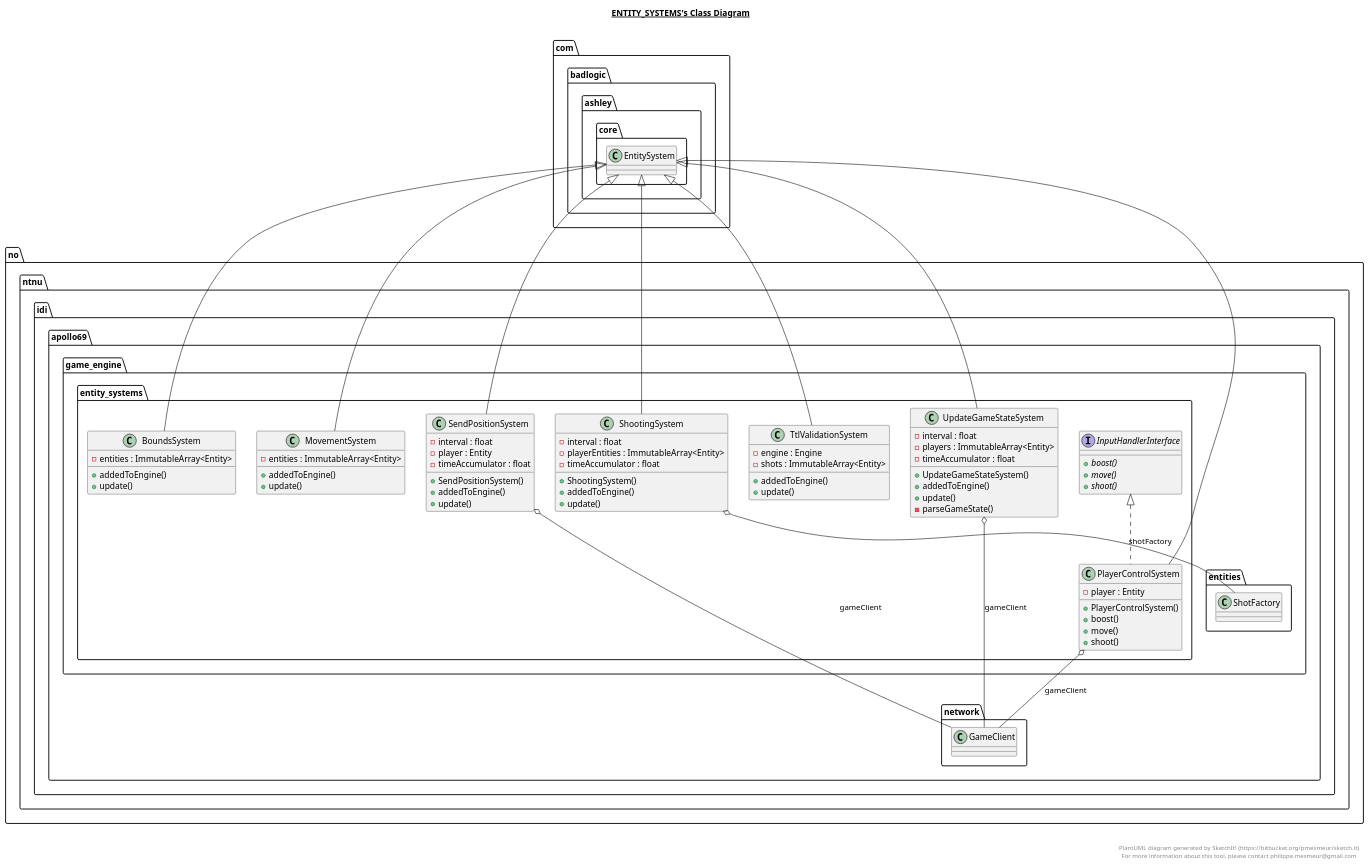
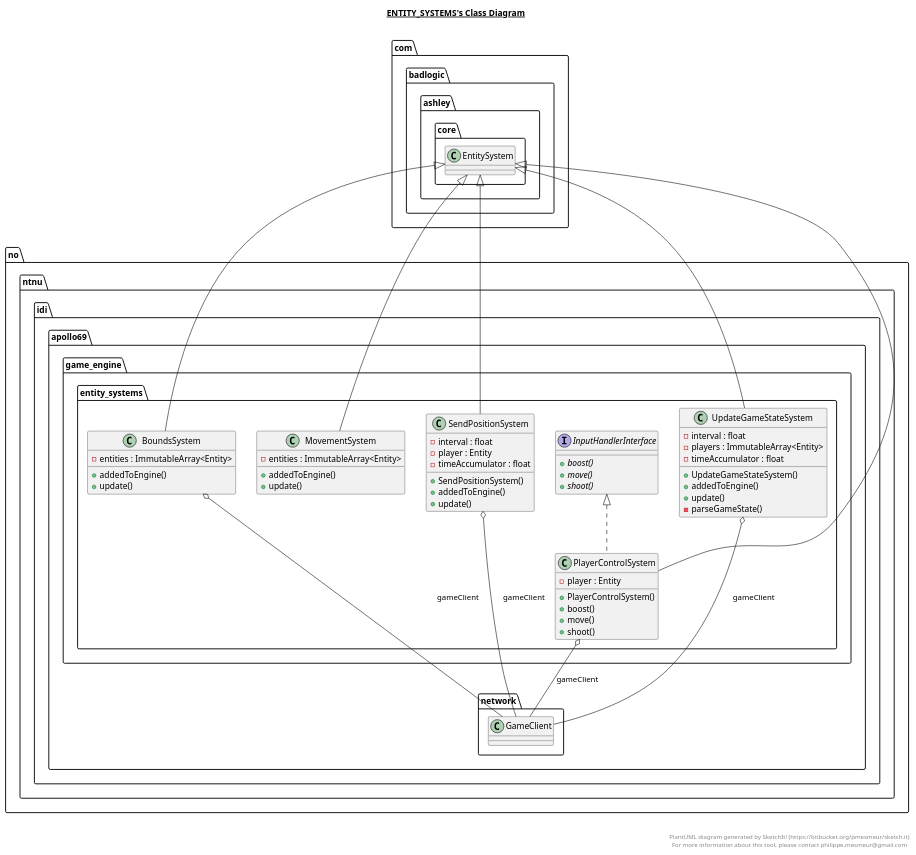
Before and after one commit to GardSteinsvik/apollo-69: the diagram in core/src/no/ntnu/idi/apollo69/game_engine/entity_systems/entity_systems.plantuml, drawn with PlantUML. The commit also changed 11 other files, not shown here.

Commit message:
UML updated

```diff
--- a/core/src/no/ntnu/idi/apollo69/game_engine/entity_systems/entity_systems.plantuml
+++ b/core/src/no/ntnu/idi/apollo69/game_engine/entity_systems/entity_systems.plantuml
@@ -1,143 +1,111 @@
 @startuml
 
 title __ENTITY_SYSTEMS's Class Diagram__\n
 
   namespace no.ntnu.idi.apollo69 {
     namespace game_engine {
       namespace entity_systems {
         class no.ntnu.idi.apollo69.game_engine.entity_systems.BoundsSystem {
             - entities : ImmutableArray<Entity>
             + addedToEngine()
             + update()
         }
       }
     }
   }
   
 
   namespace no.ntnu.idi.apollo69 {
     namespace game_engine {
       namespace entity_systems {
         interface no.ntnu.idi.apollo69.game_engine.entity_systems.InputHandlerInterface {
             {abstract} + boost()
             {abstract} + move()
             {abstract} + shoot()
         }
       }
     }
   }
   
 
   namespace no.ntnu.idi.apollo69 {
     namespace game_engine {
       namespace entity_systems {
         class no.ntnu.idi.apollo69.game_engine.entity_systems.MovementSystem {
             - entities : ImmutableArray<Entity>
             + addedToEngine()
             + update()
         }
       }
     }
   }
   
 
   namespace no.ntnu.idi.apollo69 {
     namespace game_engine {
       namespace entity_systems {
         class no.ntnu.idi.apollo69.game_engine.entity_systems.PlayerControlSystem {
             - player : Entity
             + PlayerControlSystem()
             + boost()
             + move()
             + shoot()
         }
       }
     }
   }
   
 
   namespace no.ntnu.idi.apollo69 {
     namespace game_engine {
       namespace entity_systems {
         class no.ntnu.idi.apollo69.game_engine.entity_systems.SendPositionSystem {
             - interval : float
             - player : Entity
             - timeAccumulator : float
             + SendPositionSystem()
             + addedToEngine()
             + update()
         }
       }
     }
   }
   
 
   namespace no.ntnu.idi.apollo69 {
     namespace game_engine {
       namespace entity_systems {
-        class no.ntnu.idi.apollo69.game_engine.entity_systems.ShootingSystem {
-            - interval : float
-            - playerEntities : ImmutableArray<Entity>
-            - timeAccumulator : float
-            + ShootingSystem()
-            + addedToEngine()
-            + update()
-        }
-      }
-    }
-  }
-  
-
-  namespace no.ntnu.idi.apollo69 {
-    namespace game_engine {
-      namespace entity_systems {
-        class no.ntnu.idi.apollo69.game_engine.entity_systems.TtlValidationSystem {
-            - engine : Engine
-            - shots : ImmutableArray<Entity>
-            + addedToEngine()
-            + update()
-        }
-      }
-    }
-  }
-  
-
-  namespace no.ntnu.idi.apollo69 {
-    namespace game_engine {
-      namespace entity_systems {
         class no.ntnu.idi.apollo69.game_engine.entity_systems.UpdateGameStateSystem {
             - interval : float
             - players : ImmutableArray<Entity>
             - timeAccumulator : float
             + UpdateGameStateSystem()
             + addedToEngine()
             + update()
             - parseGameState()
         }
       }
     }
   }
   
 
   no.ntnu.idi.apollo69.game_engine.entity_systems.BoundsSystem -up-|> com.badlogic.ashley.core.EntitySystem
+  no.ntnu.idi.apollo69.game_engine.entity_systems.BoundsSystem o-- no.ntnu.idi.apollo69.network.GameClient : gameClient
   no.ntnu.idi.apollo69.game_engine.entity_systems.MovementSystem -up-|> com.badlogic.ashley.core.EntitySystem
   no.ntnu.idi.apollo69.game_engine.entity_systems.PlayerControlSystem .up.|> no.ntnu.idi.apollo69.game_engine.entity_systems.InputHandlerInterface
   no.ntnu.idi.apollo69.game_engine.entity_systems.PlayerControlSystem -up-|> com.badlogic.ashley.core.EntitySystem
   no.ntnu.idi.apollo69.game_engine.entity_systems.PlayerControlSystem o-- no.ntnu.idi.apollo69.network.GameClient : gameClient
   no.ntnu.idi.apollo69.game_engine.entity_systems.SendPositionSystem -up-|> com.badlogic.ashley.core.EntitySystem
   no.ntnu.idi.apollo69.game_engine.entity_systems.SendPositionSystem o-- no.ntnu.idi.apollo69.network.GameClient : gameClient
-  no.ntnu.idi.apollo69.game_engine.entity_systems.ShootingSystem -up-|> com.badlogic.ashley.core.EntitySystem
-  no.ntnu.idi.apollo69.game_engine.entity_systems.ShootingSystem o-- no.ntnu.idi.apollo69.game_engine.entities.ShotFactory : shotFactory
-  no.ntnu.idi.apollo69.game_engine.entity_systems.TtlValidationSystem -up-|> com.badlogic.ashley.core.EntitySystem
   no.ntnu.idi.apollo69.game_engine.entity_systems.UpdateGameStateSystem -up-|> com.badlogic.ashley.core.EntitySystem
   no.ntnu.idi.apollo69.game_engine.entity_systems.UpdateGameStateSystem o-- no.ntnu.idi.apollo69.network.GameClient : gameClient
 
 
 right footer
 
 
 PlantUML diagram generated by SketchIt! (https://bitbucket.org/pmesmeur/sketch.it)
 For more information about this tool, please contact philippe.mesmeur@gmail.com
 endfooter
 
 @enduml
```
